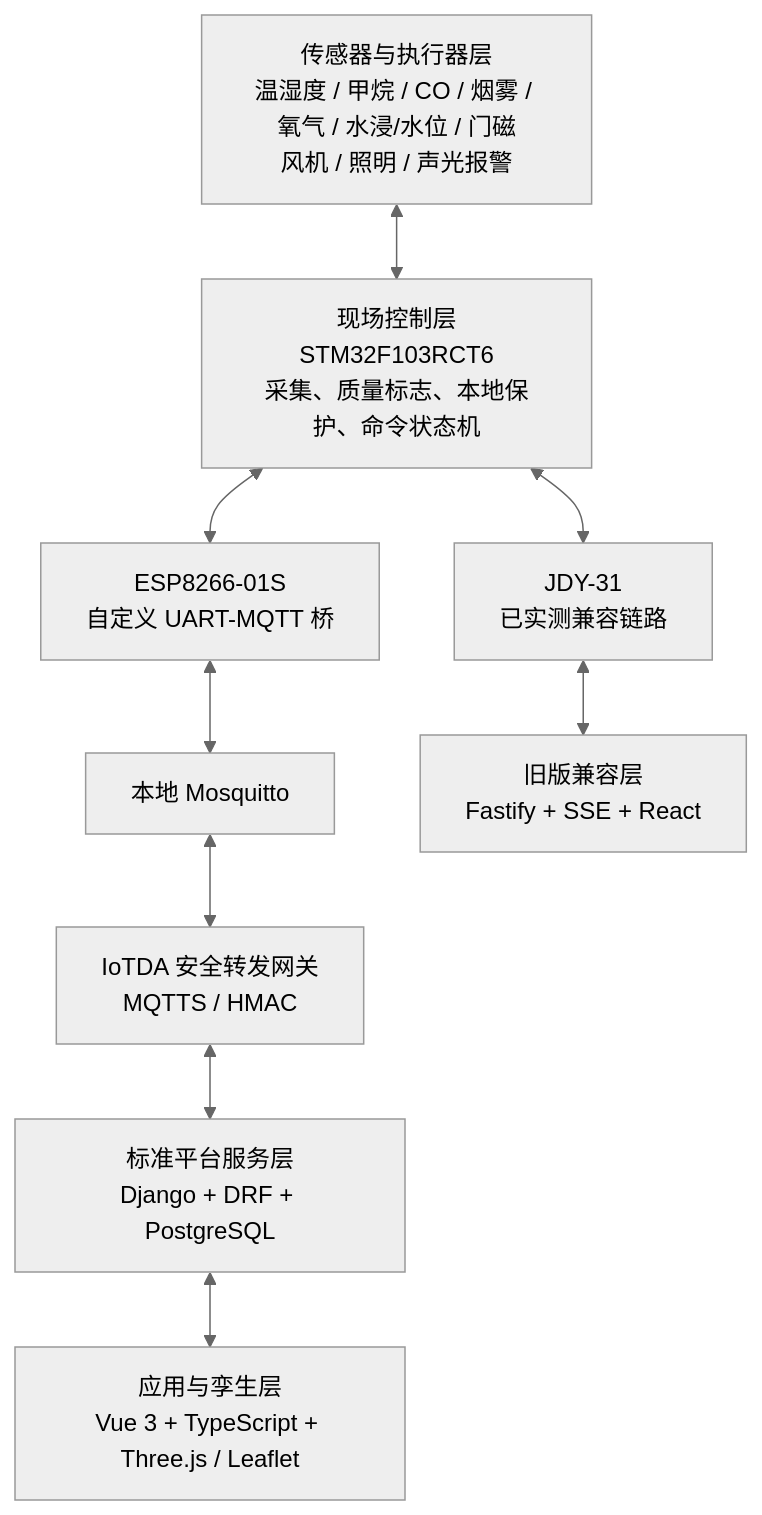
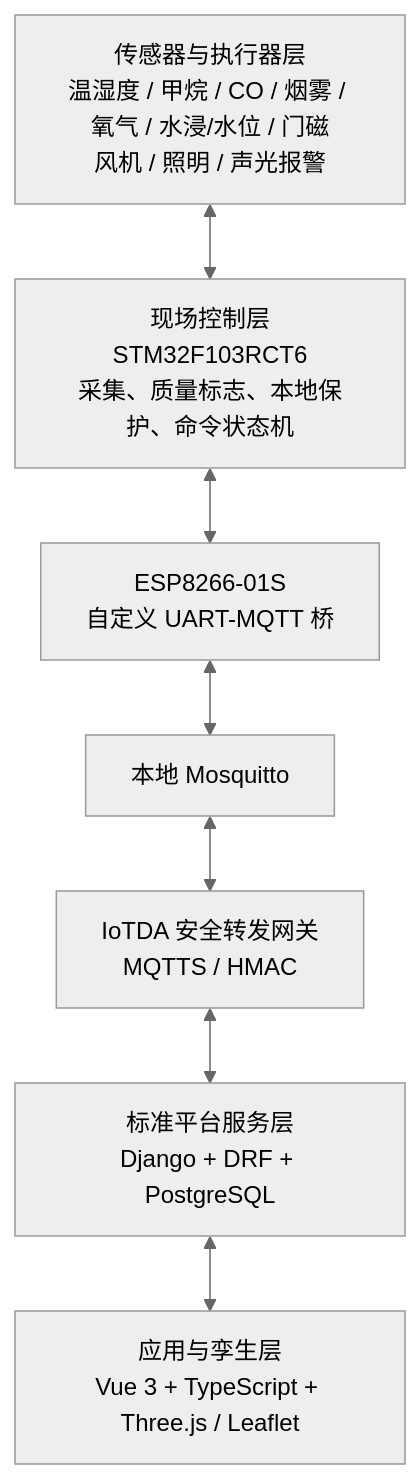
Before and after one commit to x1ng-chen/utility-tunnel-digital-twin: the second of 2 diagrams in README.md, drawn with Mermaid (neutral theme). The commit also changed other lines of this file and 5 other files, not shown here.

````diff
--- a/README.md
+++ b/README.md
@@ -119,21 +119,17 @@
 ```mermaid
 flowchart TB
     S[传感器与执行器层<br/>温湿度 / 甲烷 / CO / 烟雾 / 氧气 / 水浸/水位 / 门磁<br/>风机 / 照明 / 声光报警]
     C[现场控制层<br/>STM32F103RCT6<br/>采集、质量标志、本地保护、命令状态机]
     E[ESP8266-01S<br/>自定义 UART-MQTT 桥]
-    B[JDY-31<br/>已实测兼容链路]
     M[本地 Mosquitto]
     I[IoTDA 安全转发网关<br/>MQTTS / HMAC]
     P[标准平台服务层<br/>Django + DRF + PostgreSQL]
     W[应用与孪生层<br/>Vue 3 + TypeScript + Three.js / Leaflet]
-    L[旧版兼容层<br/>Fastify + SSE + React]
 
     S <--> C
     C <--> E
-    C <--> B
     E <--> M
     M <--> I
     I <--> P
     P <--> W
-    B <--> L
 ```
````
